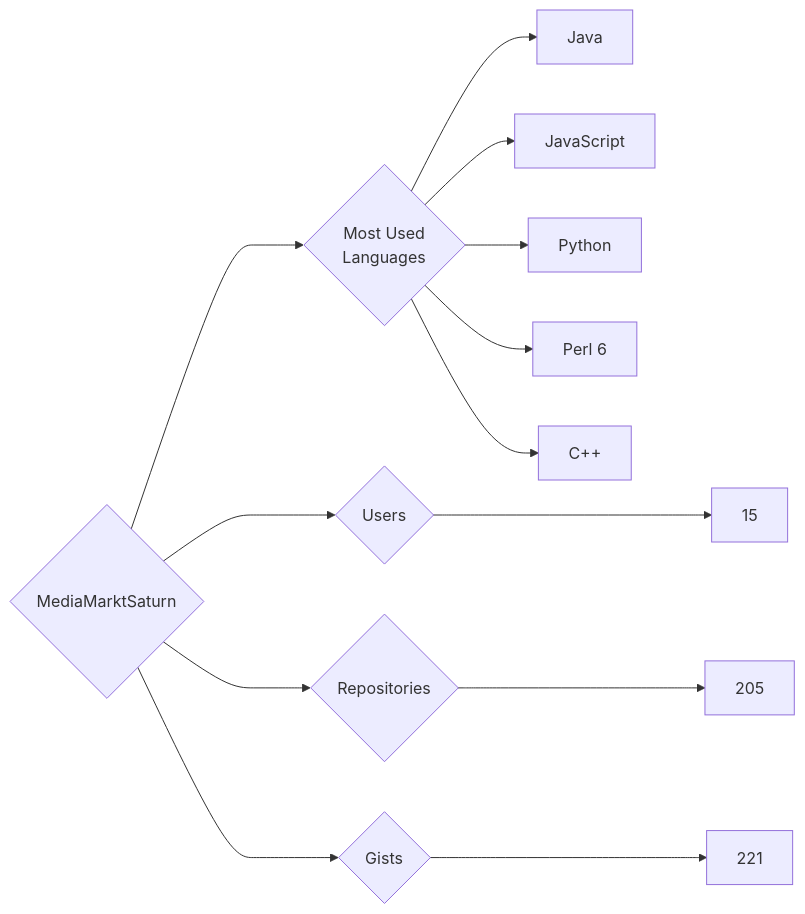
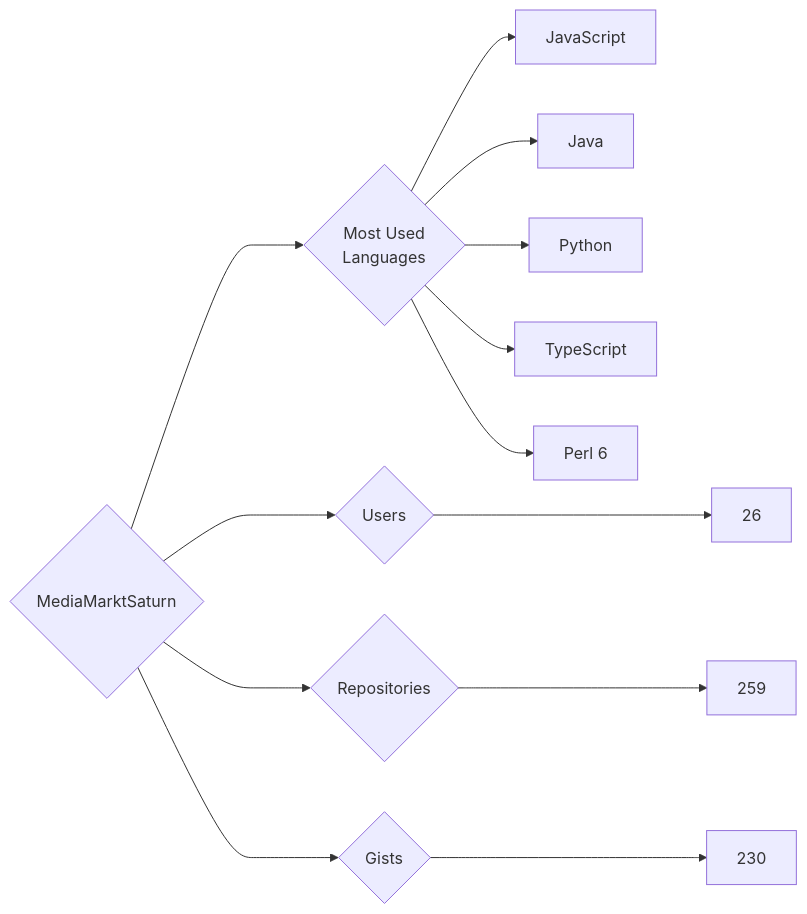
The diagram in targets/MediaMarktSaturn/README.md (trickest/insiders), drawn with Mermaid before and after one commit. The commit also changed 1011 other files, not shown here.

````diff
--- a/targets/MediaMarktSaturn/README.md
+++ b/targets/MediaMarktSaturn/README.md
@@ -3,13 +3,13 @@
 ```mermaid
 graph LR
 COMPANY_NAME{MediaMarktSaturn}
-COMPANY_NAME ---> U{Users} ---> UN[15]
-COMPANY_NAME ---> R{Repositories} ---> RN[205]
-COMPANY_NAME ---> G{Gists} ---> GN[221]
+COMPANY_NAME ---> U{Users} ---> UN[26]
+COMPANY_NAME ---> R{Repositories} ---> RN[259]
+COMPANY_NAME ---> G{Gists} ---> GN[230]
 COMPANY_NAME ---> ML{Most Used<br>Languages}
+ML --> JavaScript[JavaScript]
 ML --> Java[Java]
-ML --> JavaScript[JavaScript]
 ML --> Python[Python]
+ML --> TypeScript[TypeScript]
 ML --> Perl_6[Perl 6]
-ML --> C++[C++]
 ```
````
